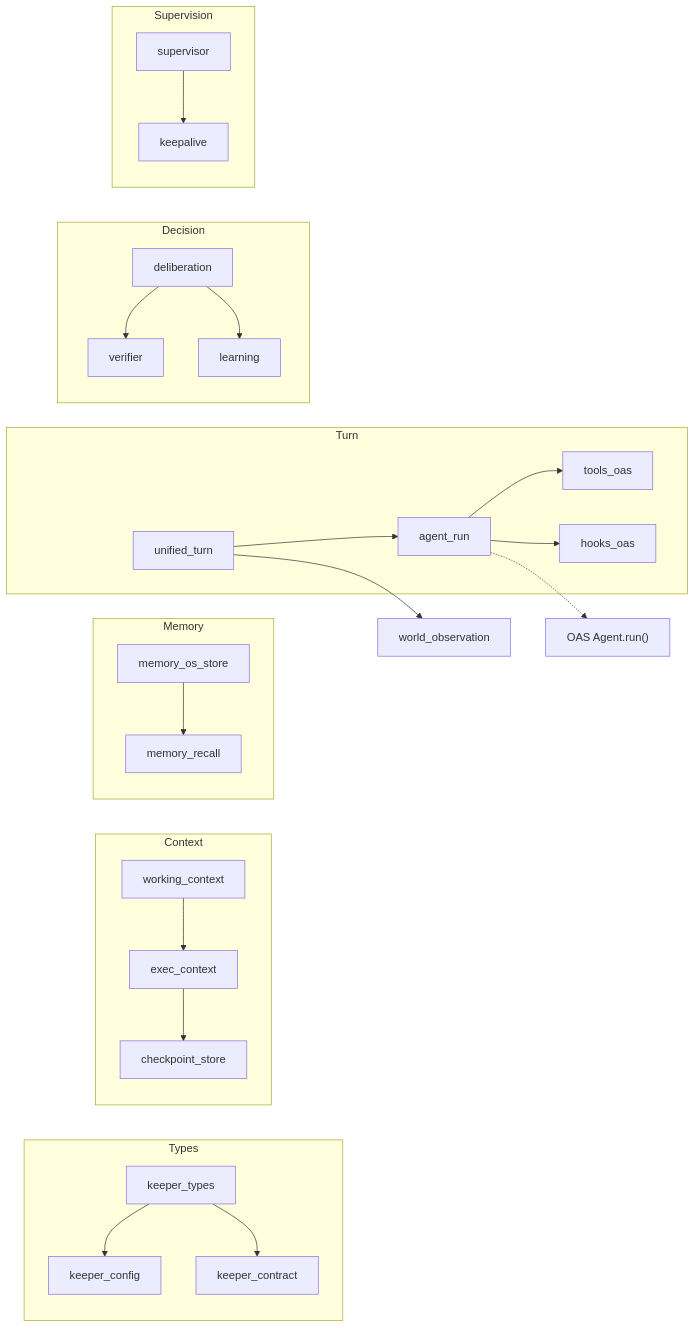
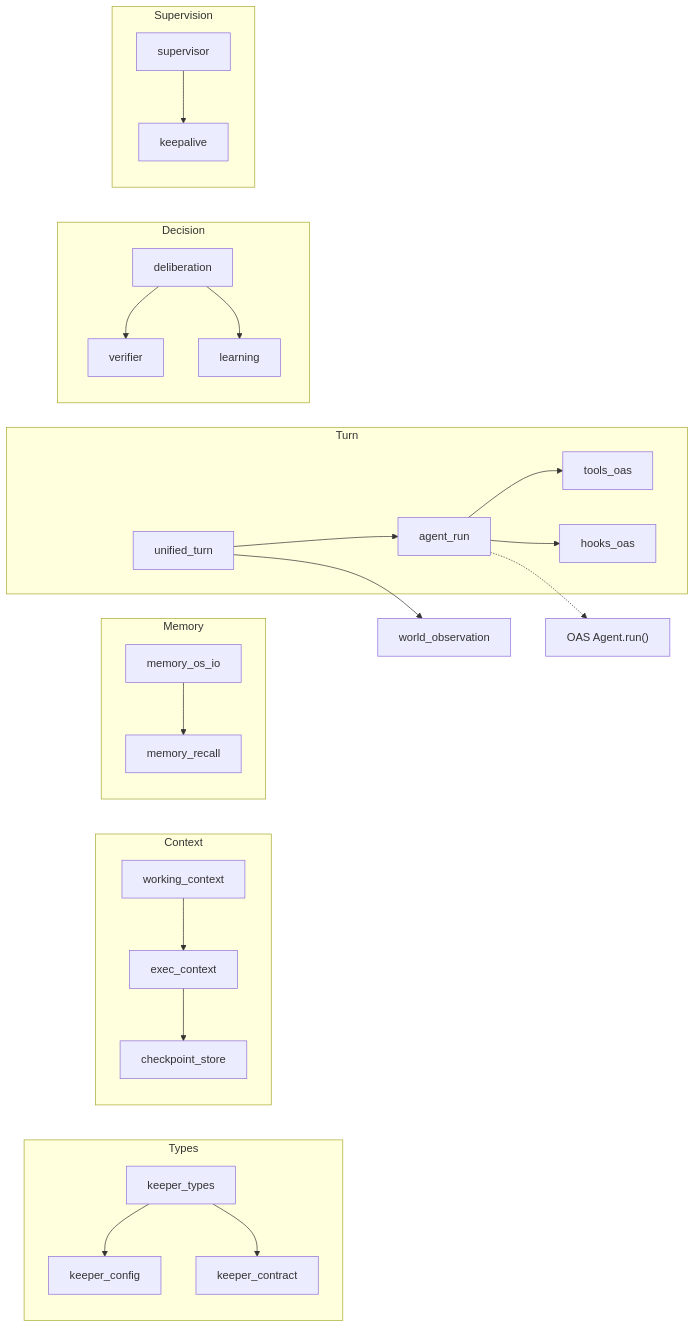
The first of 4 diagrams in docs/spec/05-keeper-agent.md (jeong-sik/masc), drawn with Mermaid before and after one commit. The commit also changed 65 other files, not shown here.

````diff
--- a/docs/spec/05-keeper-agent.md
+++ b/docs/spec/05-keeper-agent.md
@@ -39,26 +39,26 @@
 ```mermaid
 graph LR
   subgraph Types
     KT[keeper_types] --> KC[keeper_config]
     KT --> KCT[keeper_contract]
   end
   subgraph Context
     KWC[working_context] --> KEC[exec_context] --> KCS[checkpoint_store]
   end
   subgraph Memory
-    KMO[memory_os_store] --> KMR[memory_recall]
+    KMO[memory_os_io] --> KMR[memory_recall]
   end
   subgraph Turn
     KUT[unified_turn] --> KAR[agent_run] --> KTO[tools_oas]
     KAR --> KHO[hooks_oas]
   end
   subgraph Decision
     KD[deliberation] --> KV[verifier]
     KD --> KL[learning]
   end
   subgraph Supervision
     KRS[supervisor] --> KKA[keepalive]
   end
   KUT --> KWO[world_observation]
   KAR -.-> OAS["OAS Agent.run()"]
 ```
````
